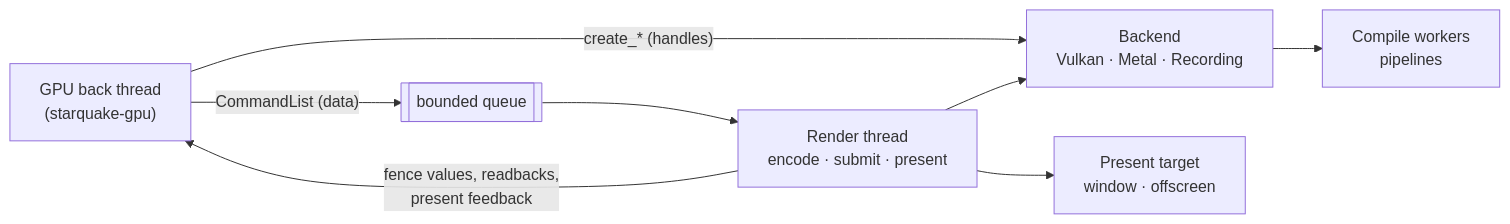
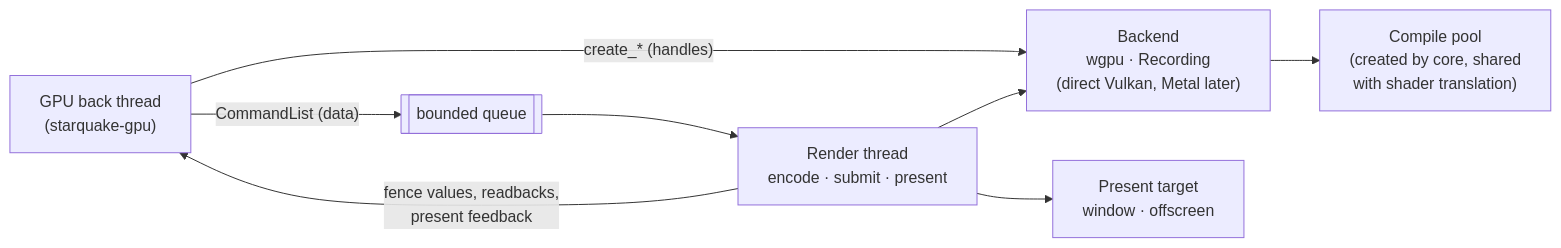
The diagram in docs/specs/render-backend.md (Syynth/starquake), drawn with Mermaid before and after one commit. The commit also changed other lines of this file, not shown here.

First line of the commit message:
docs(spec): apply the owner's graphics decisions to the render backend draft

````diff
--- a/docs/specs/render-backend.md
+++ b/docs/specs/render-backend.md
@@ -41,10 +55,10 @@
 ```mermaid
 flowchart LR
     back["GPU back thread<br/>(starquake-gpu)"] -->|"CommandList (data)"| q[["bounded queue"]]
     back -->|"create_* (handles)"| be
     q --> rt["Render thread<br/>encode · submit · present"]
-    rt --> be["Backend<br/>Vulkan · Metal · Recording"]
-    be --> workers["Compile workers<br/>pipelines"]
+    rt --> be["Backend<br/>wgpu · Recording<br/>(direct Vulkan, Metal later)"]
+    be --> workers["Compile pool<br/>(created by core, shared<br/>with shader translation)"]
     rt -->|"fence values, readbacks,<br/>present feedback"| back
     rt --> target["Present target<br/>window · offscreen"]
 ```
````
